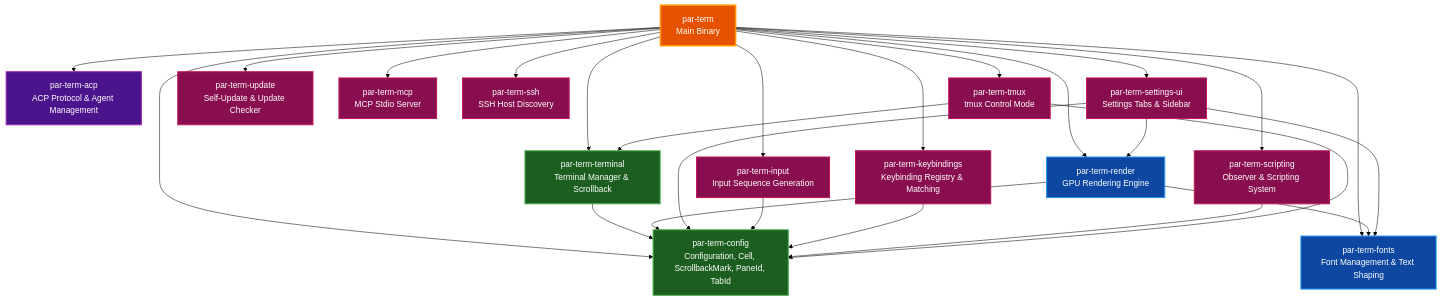
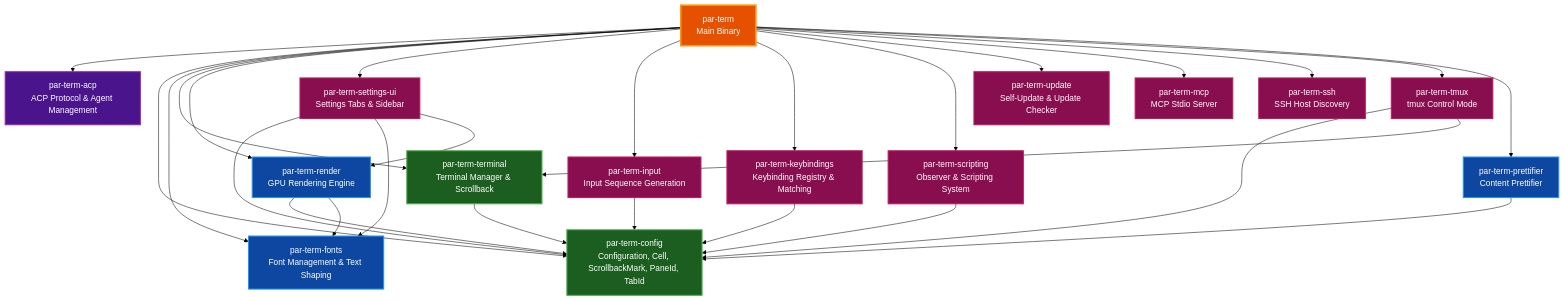
One commit to paulrobello/par-term changed the second of 4 diagrams in docs/ARCHITECTURE.md. Above: the diagram before and after it, drawn with Mermaid (forest theme). The commit also changed other lines of this file and 43 other files, not shown here.

````diff
--- a/docs/ARCHITECTURE.md
+++ b/docs/ARCHITECTURE.md
@@ -141,58 +141,62 @@
 ```mermaid
 graph TD
     Main[par-term<br>Main Binary]
     ACP[par-term-acp<br>ACP Protocol & Agent Management]
     Config[par-term-config<br>Configuration, Cell, ScrollbackMark, PaneId, TabId]
     Fonts[par-term-fonts<br>Font Management & Text Shaping]
     Terminal[par-term-terminal<br>Terminal Manager & Scrollback]
     Render[par-term-render<br>GPU Rendering Engine]
     Settings[par-term-settings-ui<br>Settings Tabs & Sidebar]
     Input[par-term-input<br>Input Sequence Generation]
     Keybind[par-term-keybindings<br>Keybinding Registry & Matching]
     Scripting[par-term-scripting<br>Observer & Scripting System]
     Update[par-term-update<br>Self-Update & Update Checker]
     MCP[par-term-mcp<br>MCP Stdio Server]
     SSH[par-term-ssh<br>SSH Host Discovery]
     Tmux[par-term-tmux<br>tmux Control Mode]
+    Prettifier[par-term-prettifier<br>Content Prettifier]
 
     Main --> ACP
     Main --> Config
     Main --> Fonts
     Main --> Terminal
     Main --> Render
     Main --> Settings
     Main --> Input
     Main --> Keybind
     Main --> Scripting
     Main --> Update
     Main --> MCP
     Main --> SSH
     Main --> Tmux
+    Main --> Prettifier
 
     Terminal --> Config
     Render --> Config
     Render --> Fonts
     Settings --> Config
     Settings --> Fonts
     Settings --> Render
     Input --> Config
     Keybind --> Config
     Scripting --> Config
     Tmux --> Config
     Tmux --> Terminal
+    Prettifier --> Config
 
     style Main fill:#e65100,stroke:#ff9800,stroke-width:3px,color:#ffffff
     style ACP fill:#4a148c,stroke:#9c27b0,stroke-width:2px,color:#ffffff
     style Config fill:#1b5e20,stroke:#4caf50,stroke-width:2px,color:#ffffff
     style Fonts fill:#0d47a1,stroke:#2196f3,stroke-width:2px,color:#ffffff
     style Terminal fill:#1b5e20,stroke:#4caf50,stroke-width:2px,color:#ffffff
     style Render fill:#0d47a1,stroke:#2196f3,stroke-width:2px,color:#ffffff
     style Settings fill:#880e4f,stroke:#c2185b,stroke-width:2px,color:#ffffff
     style Input fill:#880e4f,stroke:#c2185b,stroke-width:2px,color:#ffffff
     style Keybind fill:#880e4f,stroke:#c2185b,stroke-width:2px,color:#ffffff
     style Scripting fill:#880e4f,stroke:#c2185b,stroke-width:2px,color:#ffffff
     style Update fill:#880e4f,stroke:#c2185b,stroke-width:2px,color:#ffffff
     style MCP fill:#880e4f,stroke:#c2185b,stroke-width:2px,color:#ffffff
     style SSH fill:#880e4f,stroke:#c2185b,stroke-width:2px,color:#ffffff
     style Tmux fill:#880e4f,stroke:#c2185b,stroke-width:2px,color:#ffffff
+    style Prettifier fill:#0d47a1,stroke:#2196f3,stroke-width:2px,color:#ffffff
 ```
````
